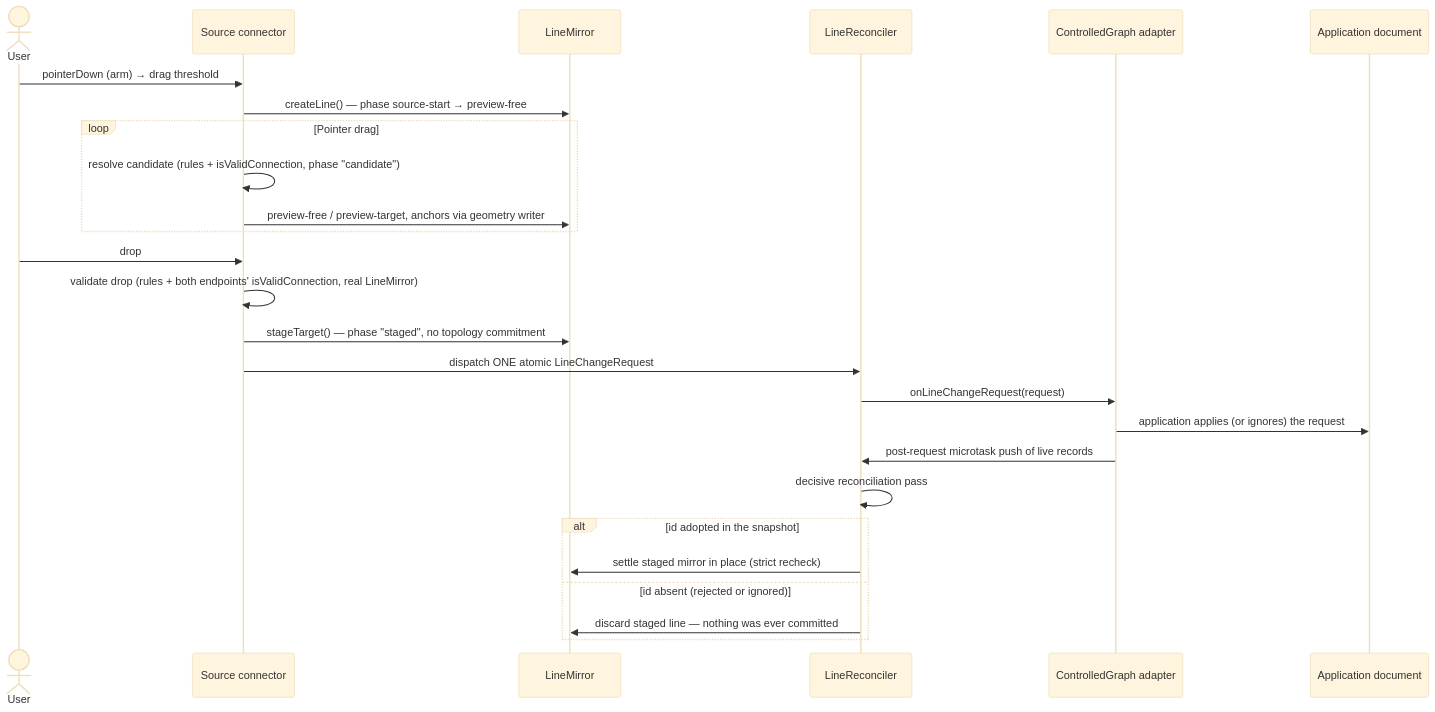
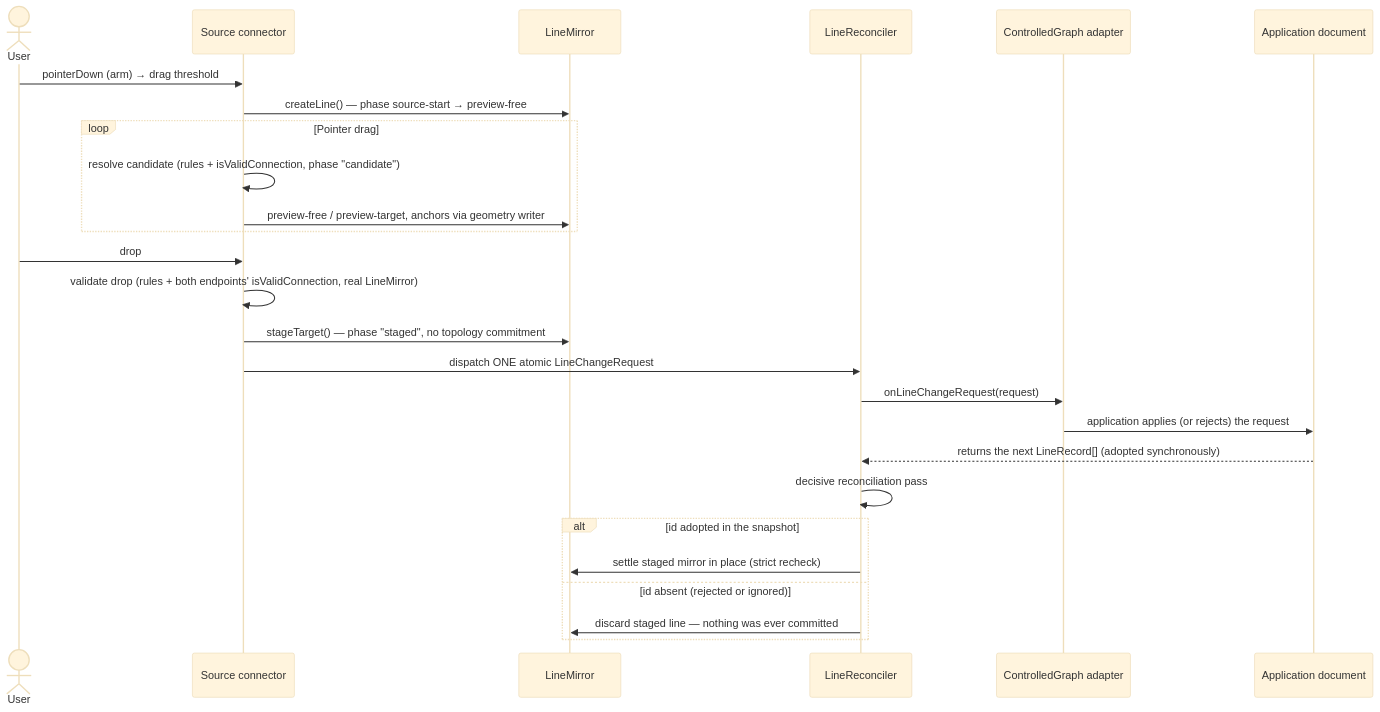
Before and after one commit to tfukaza/SnapLineJS: the second of 3 diagrams in docs/snapline/design/current-architecture.md, drawn with Mermaid (base theme). The commit also changed other lines of this file and 23 other files, not shown here.

````diff
--- a/docs/snapline/design/current-architecture.md
+++ b/docs/snapline/design/current-architecture.md
@@ -123,29 +123,29 @@
 ```mermaid
 sequenceDiagram
   actor User
   participant Conn as Source connector
   participant Line as LineMirror
   participant Rec as LineReconciler
   participant Adapter as ControlledGraph adapter
   participant App as Application document
 
   User->>Conn: pointerDown (arm) → drag threshold
   Conn->>Line: createLine() — phase source-start → preview-free
   loop Pointer drag
     Conn->>Conn: resolve candidate (rules + isValidConnection, phase "candidate")
     Conn->>Line: preview-free / preview-target, anchors via geometry writer
   end
   User->>Conn: drop
   Conn->>Conn: validate drop (rules + both endpoints' isValidConnection, real LineMirror)
   Conn->>Line: stageTarget() — phase "staged", no topology commitment
   Conn->>Rec: dispatch ONE atomic LineChangeRequest
   Rec->>Adapter: onLineChangeRequest(request)
-  Adapter->>App: application applies (or ignores) the request
-  Adapter->>Rec: post-request microtask push of live records
+  Adapter->>App: application applies (or rejects) the request
+  App-->>Rec: returns the next LineRecord[] (adopted synchronously)
   Rec->>Rec: decisive reconciliation pass
   alt id adopted in the snapshot
     Rec->>Line: settle staged mirror in place (strict recheck)
   else id absent (rejected or ignored)
     Rec->>Line: discard staged line — nothing was ever committed
   end
 ```
````
